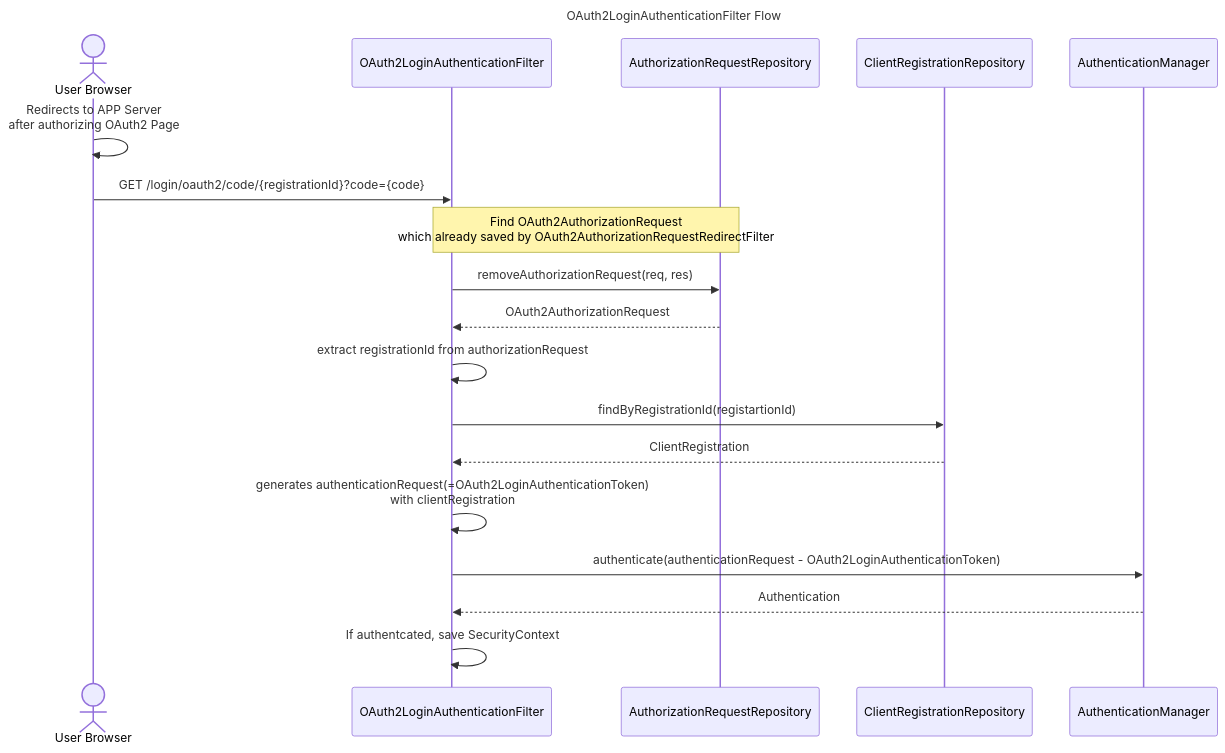
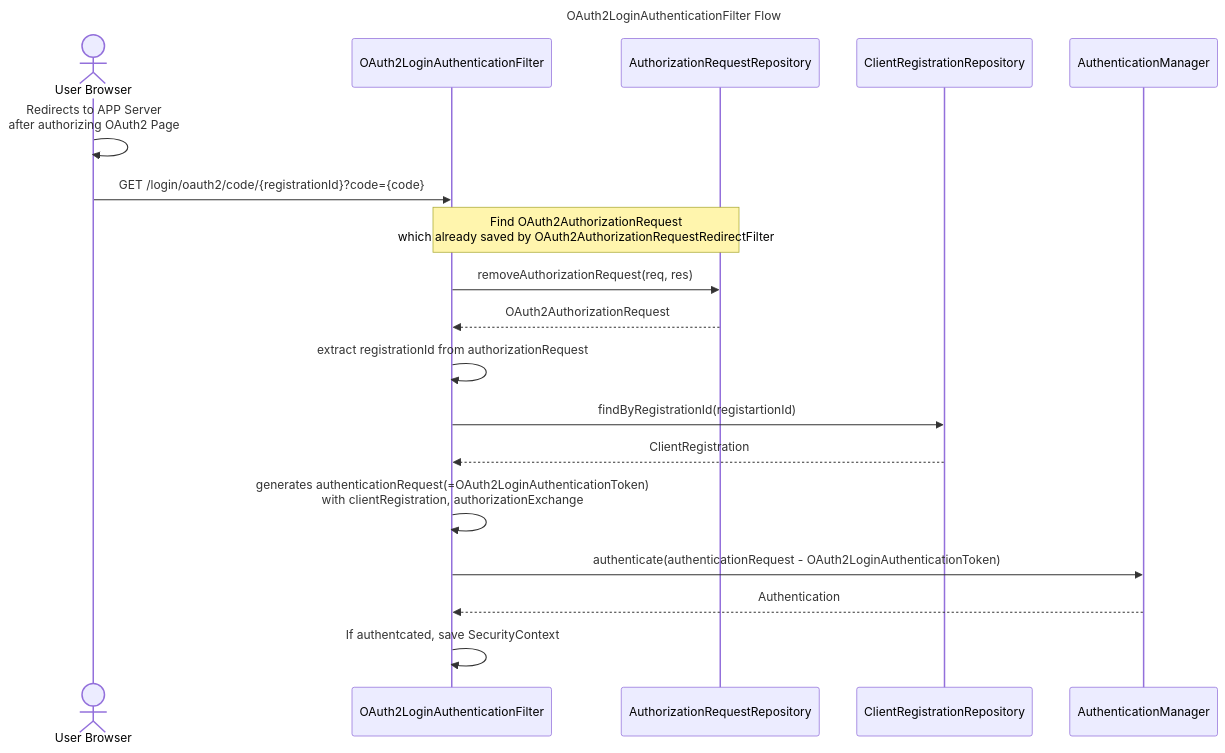
One commit to haero77/next-step-spring-security-oauth2 changed the second of 7 diagrams in README.md. Above: the diagram before and after it, drawn with Mermaid. The commit also changed other lines of this file, not shown here.

````diff
--- a/README.md
+++ b/README.md
@@ -121,34 +119,34 @@
 ```mermaid
 sequenceDiagram
     title OAuth2LoginAuthenticationFilter Flow
 
 %% [participants]
     actor u as User Browser
     participant af as OAuth2LoginAuthenticationFilter
     participant ar as AuthorizationRequestRepository
     participant crr as ClientRegistrationRepository
     participant am as AuthenticationManager
 
 
 %% [start sequnce]
     u ->> u: Redirects to APP Server<br>after authorizing OAuth2 Page
     u ->> af: GET /login/oauth2/code/{registrationId}?code={code}
 
 %% get authorizationRequest 
     note over af, ar: Find OAuth2AuthorizationRequest <br>which already saved by OAuth2AuthorizationRequestRedirectFilter
     af ->> ar: removeAuthorizationRequest(req, res)
     ar -->> af: OAuth2AuthorizationRequest
 
 %% get clientRegistration
     af ->> af: extract registrationId from authorizationRequest
     af ->> crr: findByRegistrationId(registartionId)
     crr -->> af: ClientRegistration
-    af ->> af: generates authenticationRequest(=OAuth2LoginAuthenticationToken)<br>with clientRegistration
+    af ->> af: generates authenticationRequest(=OAuth2LoginAuthenticationToken)<br>with clientRegistration, authorizationExchange
 
 %% attempts authentication
     af ->> am: authenticate(authenticationRequest - OAuth2LoginAuthenticationToken)
     am -->> af: Authentication
 
 %% process after successful authentication
     af ->> af: If authentcated, save SecurityContext
 ```
````
